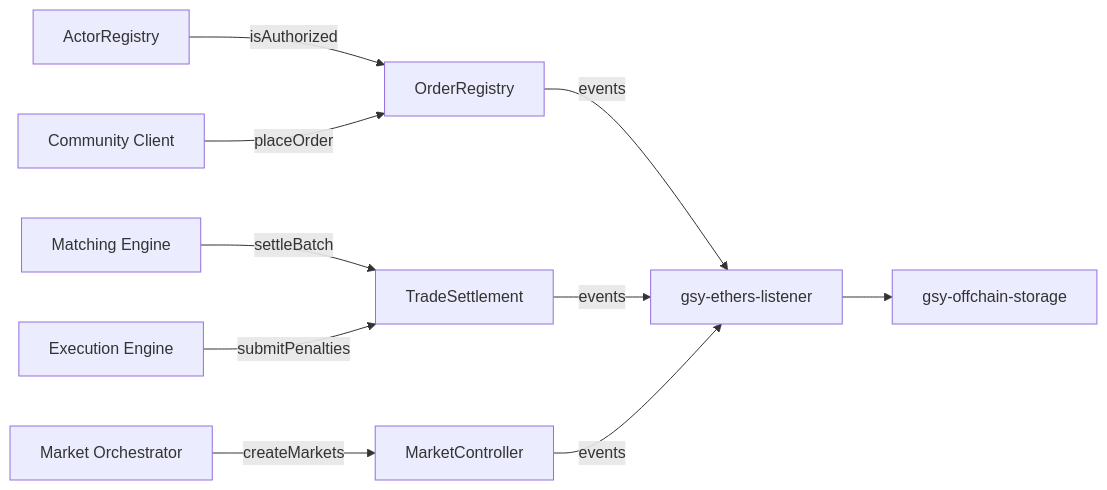
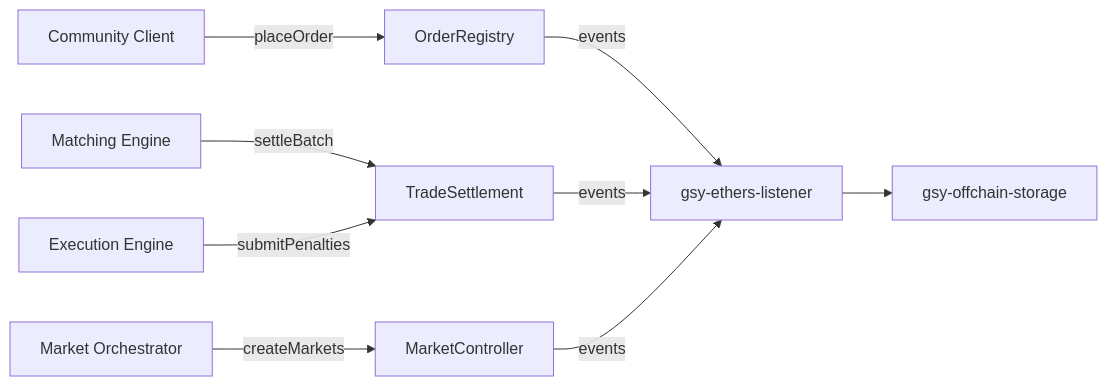
Before and after one commit to gridsingularity/gsy-decentralized-exchange: the diagram in docs/platform/overview.md, drawn with Mermaid. The commit also changed 15 other files, not shown here.

Commit message:
feat(DD-457): restrict order submission and cancellation to authorized services

````diff
--- a/docs/platform/overview.md
+++ b/docs/platform/overview.md
@@ -22,12 +22,11 @@
 ```mermaid
 flowchart LR
     MO["Market Orchestrator"] -->|createMarkets| MC["MarketController"]
-    AR["ActorRegistry"] -->|isAuthorized| OR["OrderRegistry"]
     CC["Community Client"] -->|placeOrder| OR["OrderRegistry"]
     ME["Matching Engine"] -->|settleBatch| TS["TradeSettlement"]
     EE["Execution Engine"] -->|submitPenalties| TS
     OR -->|events| EL["gsy-ethers-listener"]
     TS -->|events| EL
     MC -->|events| EL
     EL --> OB["gsy-offchain-storage"]
 ```
````
